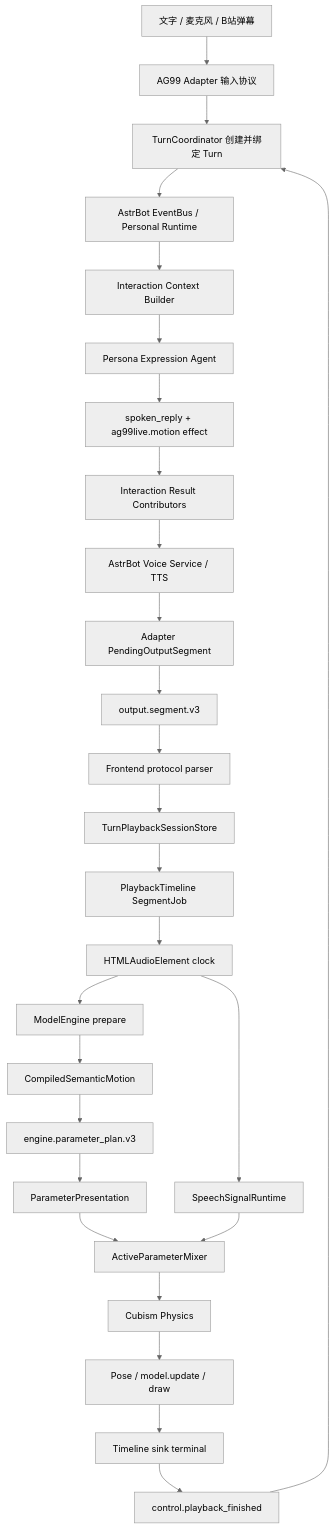
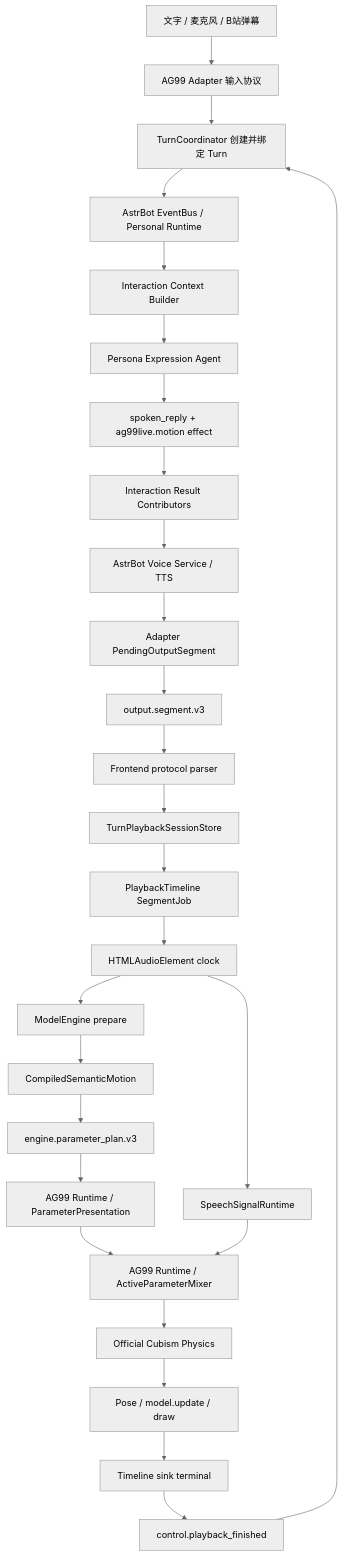
The diagram in docs/02-设计文档/19-角色表演主流程与编排职责审计.md (murphys7017/AG99live), drawn with Mermaid (neutral theme) before and after one commit. The commit also changed other lines of this file and 16 other files, not shown here.

Commit message:
docs: align performance architecture and active fixes

````diff
--- a/docs/02-设计文档/19-角色表演主流程与编排职责审计.md
+++ b/docs/02-设计文档/19-角色表演主流程与编排职责审计.md
@@ -41,29 +50,29 @@
 ```mermaid
 flowchart TD
     U[文字 / 麦克风 / B站弹幕] --> A[AG99 Adapter 输入协议]
     A --> B[TurnCoordinator 创建并绑定 Turn]
     B --> C[AstrBot EventBus / Personal Runtime]
     C --> D[Interaction Context Builder]
     D --> E[Persona Expression Agent]
     E --> F[spoken_reply + ag99live.motion effect]
     F --> G[Interaction Result Contributors]
     G --> H[AstrBot Voice Service / TTS]
     H --> I[Adapter PendingOutputSegment]
     I --> J[output.segment.v3]
     J --> K[Frontend protocol parser]
     K --> L[TurnPlaybackSessionStore]
     L --> M[PlaybackTimeline SegmentJob]
     M --> N[HTMLAudioElement clock]
     N --> O[ModelEngine prepare]
     O --> P[CompiledSemanticMotion]
     P --> Q[engine.parameter_plan.v3]
-    Q --> R[ParameterPresentation]
+    Q --> R[AG99 Runtime / ParameterPresentation]
     N --> S[SpeechSignalRuntime]
-    R --> T[ActiveParameterMixer]
+    R --> T[AG99 Runtime / ActiveParameterMixer]
     S --> T
-    T --> V[Cubism Physics]
+    T --> V[Official Cubism Physics]
     V --> W[Pose / model.update / draw]
     W --> X[Timeline sink terminal]
     X --> Y[control.playback_finished]
     Y --> B
 ```
````
